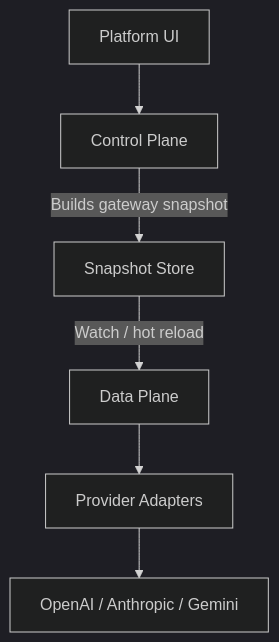
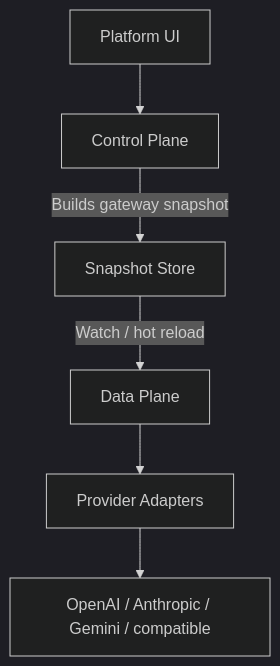
The diagram in docs/index.md (curefatih/afi), drawn with Mermaid (dark theme) before and after one commit. The commit also changed other lines of this file and 5 other files, not shown here.

````diff
--- a/docs/index.md
+++ b/docs/index.md
@@ -14,15 +14,15 @@
 ```mermaid
 flowchart TB
   UI[Platform UI]
   CP[Control Plane]
   SS[Snapshot Store]
   DP[Data Plane]
   PA[Provider Adapters]
-  Prov[OpenAI / Anthropic / Gemini]
+  Prov[OpenAI / Anthropic / Gemini / compatible]
 
   UI --> CP
   CP -->|Builds gateway snapshot| SS
   SS -->|Watch / hot reload| DP
   DP --> PA
   PA --> Prov
 ```
````
